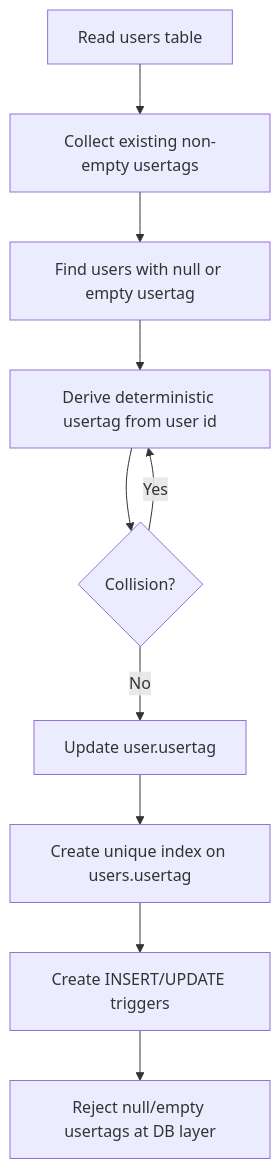
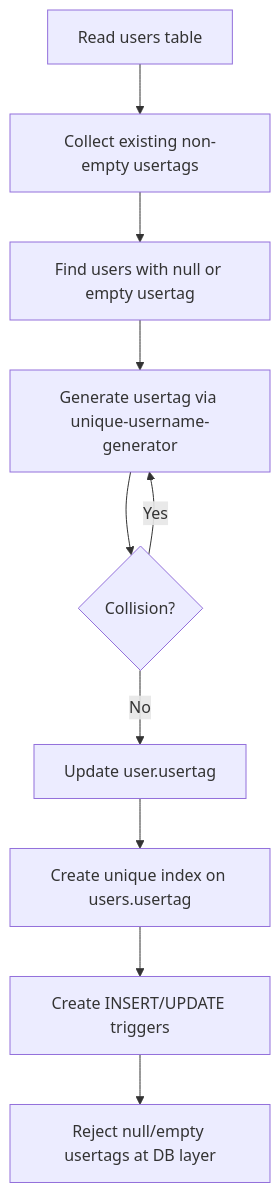
The diagram in doc/internals/usertag-required-migration.md (ex3ndr/daycare), drawn with Mermaid before and after one commit. The commit also changed other lines of this file and 8 other files, not shown here.

Commit message:
refactor(friends): delegate usertag format to username library

````diff
--- a/doc/internals/usertag-required-migration.md
+++ b/doc/internals/usertag-required-migration.md
@@ -14,12 +15,12 @@
 ```mermaid
 flowchart TD
     A[Read users table] --> B[Collect existing non-empty usertags]
     B --> C[Find users with null or empty usertag]
-    C --> D[Derive deterministic usertag from user id]
+    C --> D[Generate usertag via unique-username-generator]
     D --> E{Collision?}
     E -- Yes --> D
     E -- No --> F[Update user.usertag]
     F --> G[Create unique index on users.usertag]
     G --> H[Create INSERT/UPDATE triggers]
     H --> I[Reject null/empty usertags at DB layer]
 ```
````
